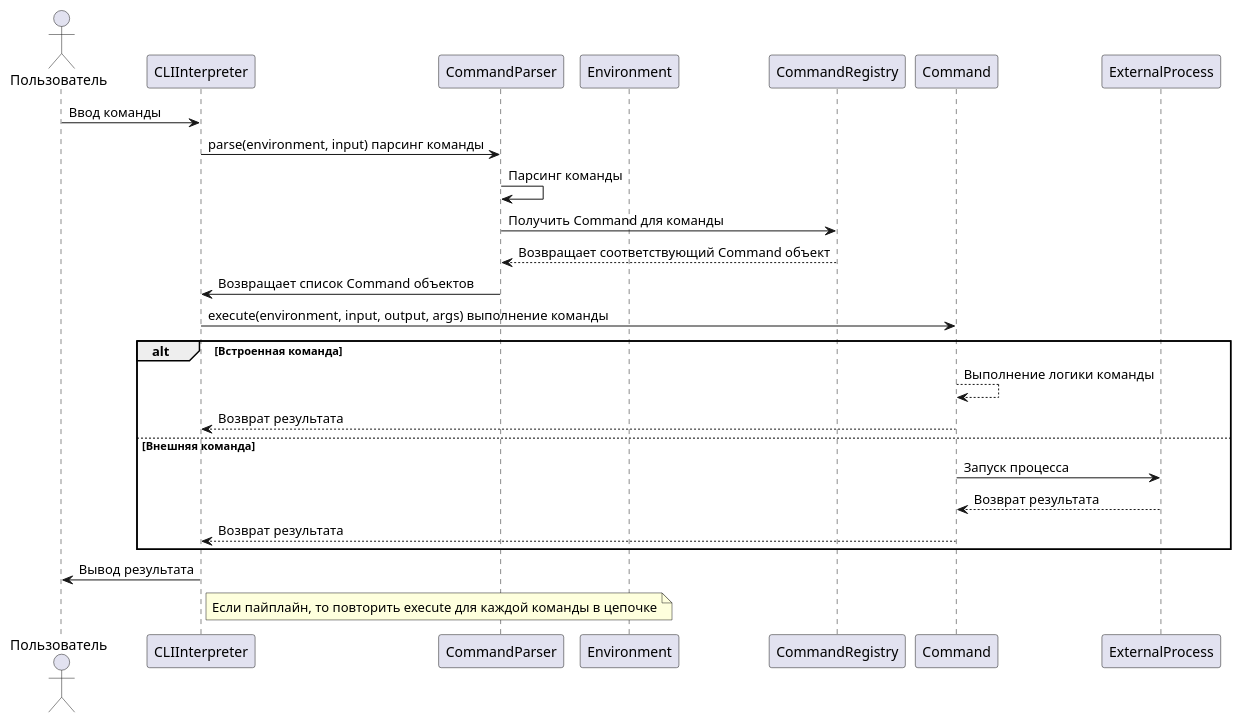
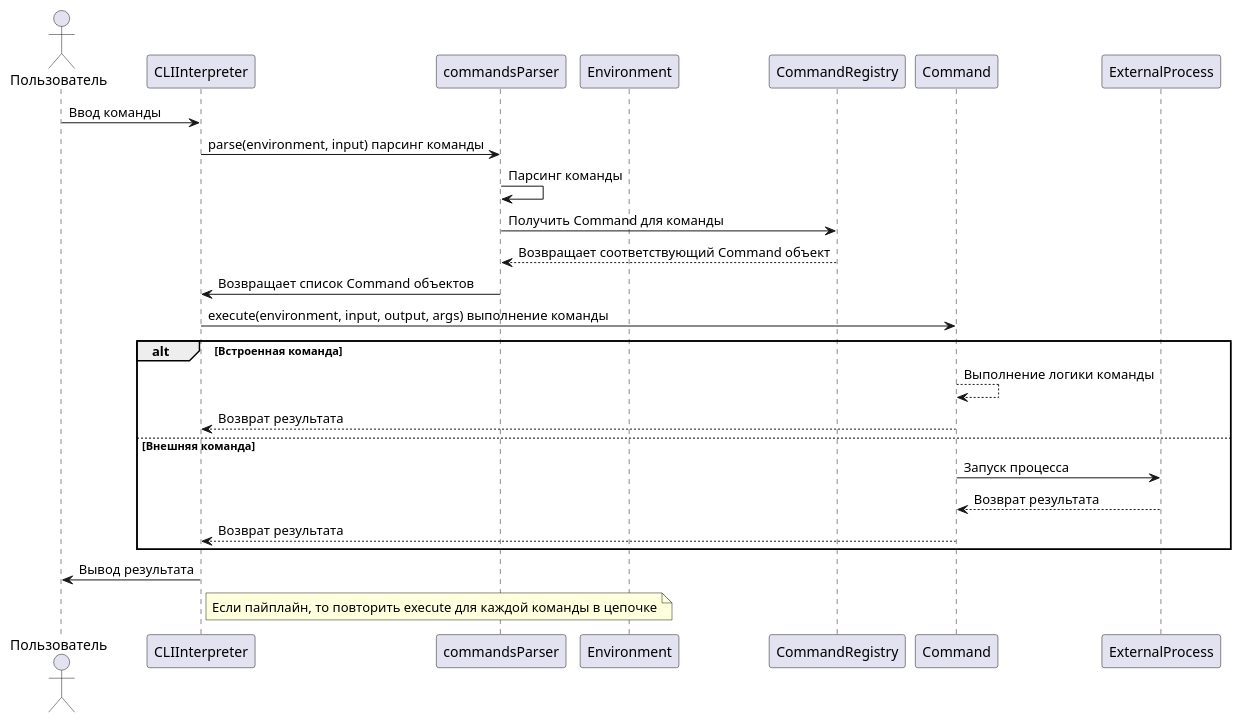
Before and after one commit to itmo-software-design/cli: the diagram in docs/process.puml, drawn with PlantUML. The commit also changed 10 other files, not shown here.

```diff
--- a/docs/process.puml
+++ b/docs/process.puml
@@ -1,30 +1,30 @@
 @startuml
 actor Пользователь
 participant CLIInterpreter
-participant CommandParser
+participant commandsParser
 participant Environment
 participant CommandRegistry
 participant Command
 participant ExternalProcess
 
 Пользователь -> CLIInterpreter: Ввод команды
-CLIInterpreter -> CommandParser: parse(environment, input) парсинг команды
-CommandParser -> CommandParser: Парсинг команды
-CommandParser -> CommandRegistry: Получить Command для команды
-CommandRegistry --> CommandParser: Возвращает соответствующий Command объект
-CommandParser -> CLIInterpreter: Возвращает список Command объектов
+CLIInterpreter -> commandsParser: parse(environment, input) парсинг команды
+commandsParser -> commandsParser: Парсинг команды
+commandsParser -> CommandRegistry: Получить Command для команды
+CommandRegistry --> commandsParser: Возвращает соответствующий Command объект
+commandsParser -> CLIInterpreter: Возвращает список Command объектов
 
 CLIInterpreter -> Command: execute(environment, input, output, args) выполнение команды
 alt Встроенная команда
     Command --> Command: Выполнение логики команды
     Command --> CLIInterpreter: Возврат результата
 else Внешняя команда
     Command -> ExternalProcess: Запуск процесса
     ExternalProcess --> Command: Возврат результата
     Command --> CLIInterpreter: Возврат результата
 end
 
 CLIInterpreter -> Пользователь: Вывод результата
 
 note right of CLIInterpreter: Если пайплайн, то повторить execute для каждой команды в цепочке
 @enduml
```
